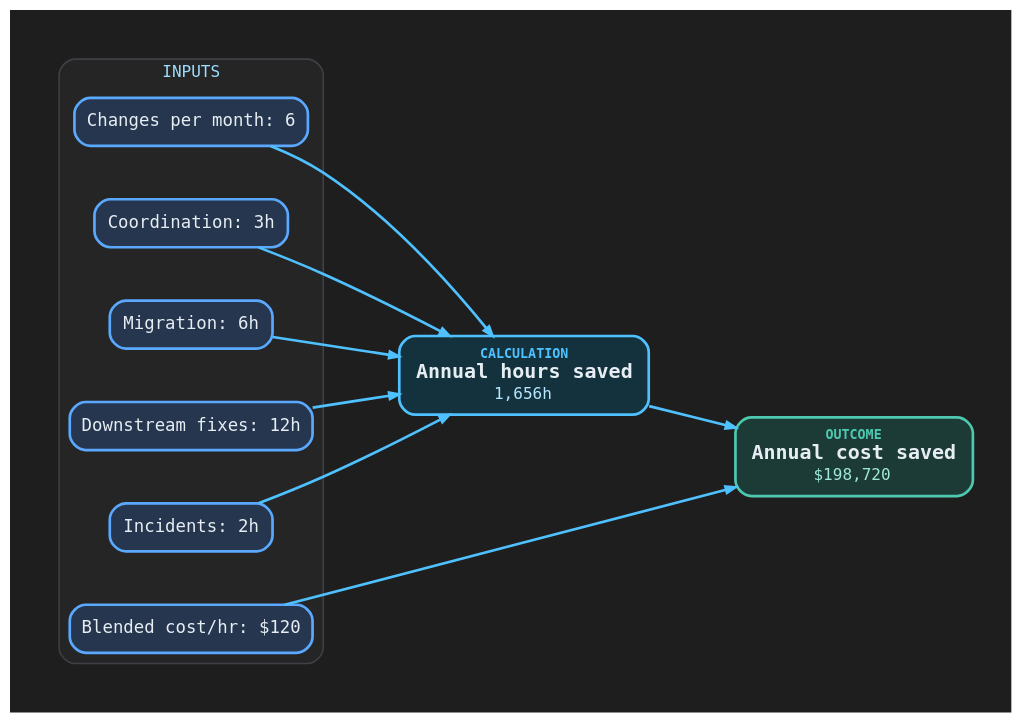
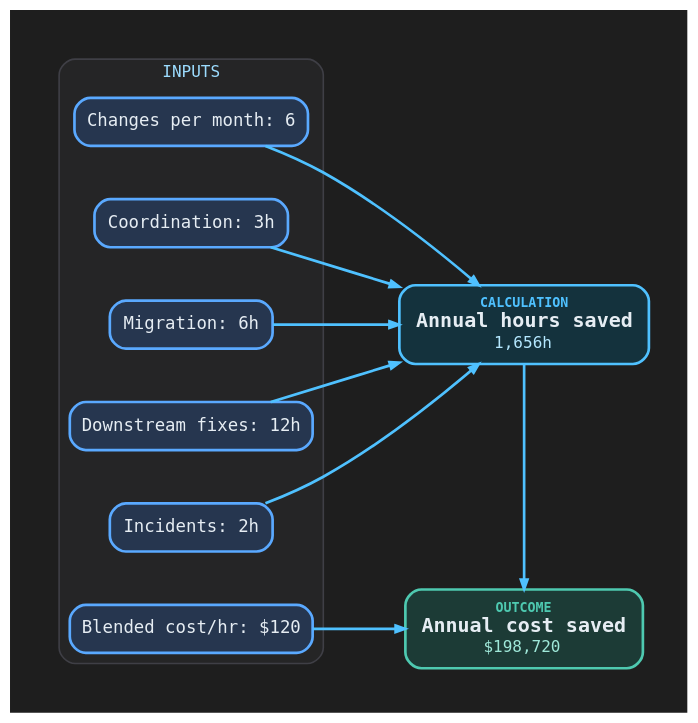
One commit to cronologi/schemalution changed the diagram in assets/diagrams/economic-value.dot. Above: the diagram before and after it, drawn with Graphviz. The commit also changed 1 other file, not shown here.

```diff
--- a/assets/diagrams/economic-value.dot
+++ b/assets/diagrams/economic-value.dot
@@ -1,81 +1,83 @@
 digraph economic_value {
   graph [
     rankdir=LR,
     bgcolor="#1E1E1E",
     pad="0.40",
     nodesep="0.55",
     ranksep="0.9",
     fontname="Cascadia Code, DejaVu Sans Mono, Noto Mono",
     fontsize=15
   ];
 
   node [
     shape=box,
     style="rounded,filled",
     penwidth=2,
     fontname="Cascadia Code, DejaVu Sans Mono, Noto Mono",
     fontsize=13,
     fontcolor="#E6EDF3",
     margin="0.16,0.12"
   ];
 
   edge [
     color="#4FC1FF",
     penwidth=2,
     arrowsize=0.7
   ];
 
   subgraph cluster_inputs {
     label="INPUTS";
     labelloc=t;
     labeljust=c;
     fontsize=12;
     fontname="Cascadia Code, DejaVu Sans Mono, Noto Mono";
     fontcolor="#9CDCFE";
     color="#3F3F46";
     fillcolor="#252526";
     style="rounded,filled";
     penwidth=1.2;
 
     A [label="Changes per month: 6", fillcolor="#26364F", color="#5AA9FF", fontcolor="#E6EDF3"];
     B [label="Coordination: 3h", fillcolor="#26364F", color="#5AA9FF", fontcolor="#E6EDF3"];
     C [label="Migration: 6h", fillcolor="#26364F", color="#5AA9FF", fontcolor="#E6EDF3"];
     D [label="Downstream fixes: 12h", fillcolor="#26364F", color="#5AA9FF", fontcolor="#E6EDF3"];
     E [label="Incidents: 2h", fillcolor="#26364F", color="#5AA9FF", fontcolor="#E6EDF3"];
     F [label="Blended cost/hr: $120", fillcolor="#26364F", color="#5AA9FF", fontcolor="#E6EDF3"];
   }
 
   G [
     label=<
       <TABLE BORDER="0" CELLBORDER="0" CELLPADDING="0" CELLSPACING="0">
         <TR><TD ALIGN="CENTER"><FONT POINT-SIZE="10" COLOR="#4FC1FF"><B>CALCULATION</B></FONT></TD></TR>
         <TR><TD ALIGN="CENTER"><FONT POINT-SIZE="15" COLOR="#E6EDF3"><B>Annual hours saved</B></FONT></TD></TR>
         <TR><TD ALIGN="CENTER"><FONT POINT-SIZE="12" COLOR="#B5E8FF">1,656h</FONT></TD></TR>
       </TABLE>
     >,
     fillcolor="#14323D",
     color="#4FC1FF",
     fontcolor="#E6EDF3"
   ];
 
   H [
     label=<
       <TABLE BORDER="0" CELLBORDER="0" CELLPADDING="0" CELLSPACING="0">
         <TR><TD ALIGN="CENTER"><FONT POINT-SIZE="10" COLOR="#4EC9B0"><B>OUTCOME</B></FONT></TD></TR>
         <TR><TD ALIGN="CENTER"><FONT POINT-SIZE="15" COLOR="#E6EDF3"><B>Annual cost saved</B></FONT></TD></TR>
         <TR><TD ALIGN="CENTER"><FONT POINT-SIZE="12" COLOR="#9FE8D9">$198,720</FONT></TD></TR>
       </TABLE>
     >,
     fillcolor="#1C3B36",
     color="#4EC9B0",
     fontcolor="#E6EDF3"
   ];
 
   A -> G;
   B -> G;
   C -> G;
   D -> G;
   E -> G;
-  G -> H;
+  G -> H [constraint=false];
   F -> H;
+
+  { rank=same; G; H; }
 }
```
